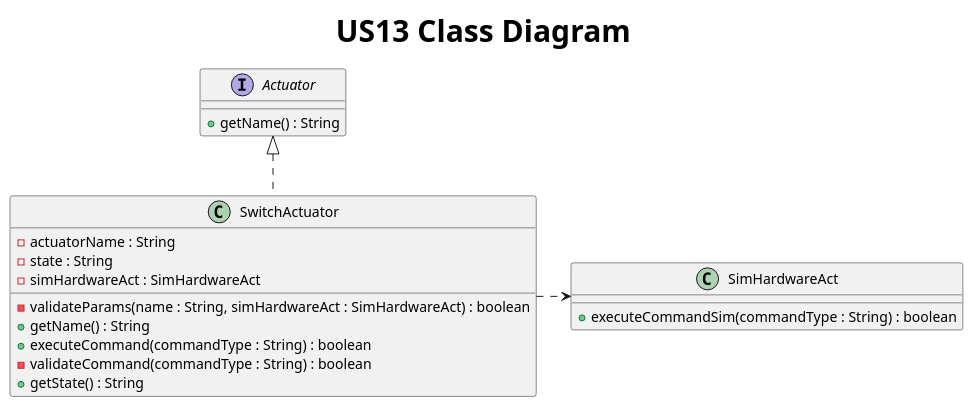
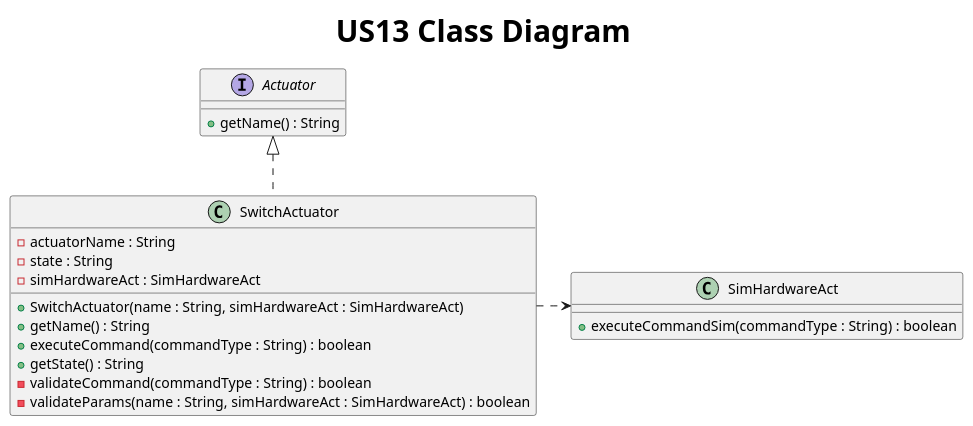
The diagram in Docs/US13/S3US13ClassDiagram.puml (AfonsoNeves77/smartHouse), drawn with PlantUML before and after one commit. The commit also changed 3 other files, not shown here.

Commit message:
Team review: added actuator constructor methods and its parameters to actuactor class diagrams.

```diff
--- a/Docs/US13/S3US13ClassDiagram.puml
+++ b/Docs/US13/S3US13ClassDiagram.puml
@@ -1,26 +1,28 @@
 @startuml
 title <size: 30> US13 Class Diagram
 
 interface Actuator {
     + getName() : String
 }
 
 class SwitchActuator{
     - actuatorName : String
     - state : String
     - simHardwareAct : SimHardwareAct
 
-    - validateParams(name : String, simHardwareAct : SimHardwareAct) : boolean
+    + SwitchActuator(name : String, simHardwareAct : SimHardwareAct)
     + getName() : String
     + executeCommand(commandType : String) : boolean
+    + getState() : String
     - validateCommand(commandType : String) : boolean
-    + getState() : String
+    - validateParams(name : String, simHardwareAct : SimHardwareAct) : boolean
+
 }
 
 class SimHardwareAct {
     + executeCommandSim(commandType : String) : boolean
 }
 
 Actuator <|.. SwitchActuator
 SwitchActuator .right.> SimHardwareAct
 @enduml
```
